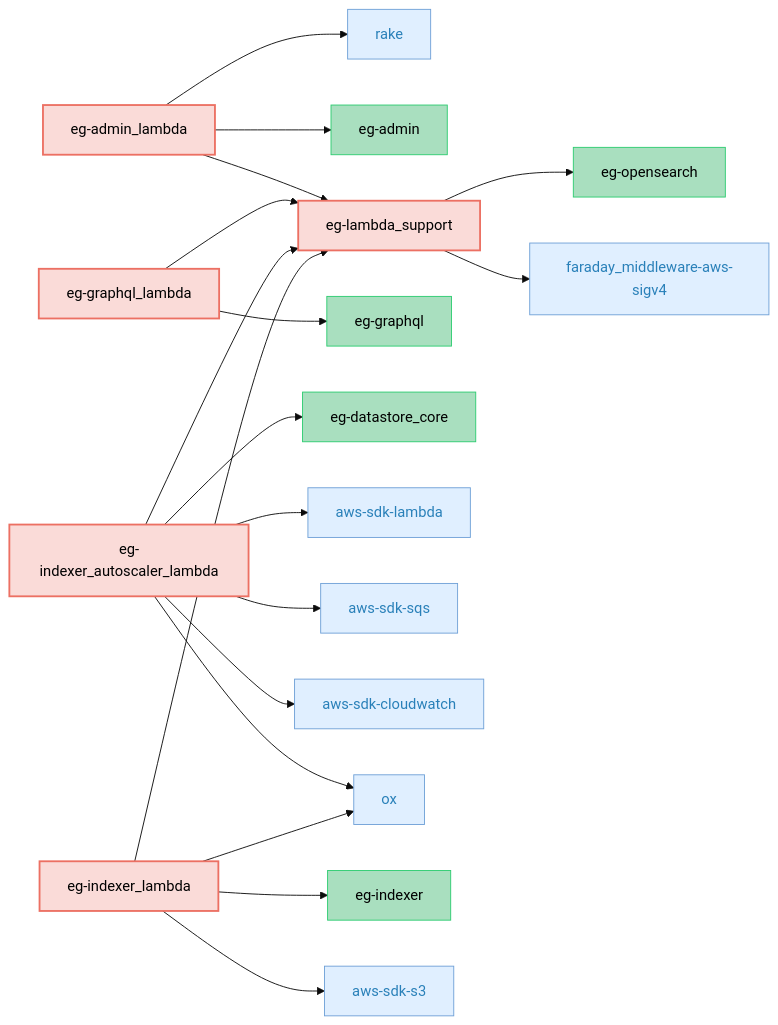
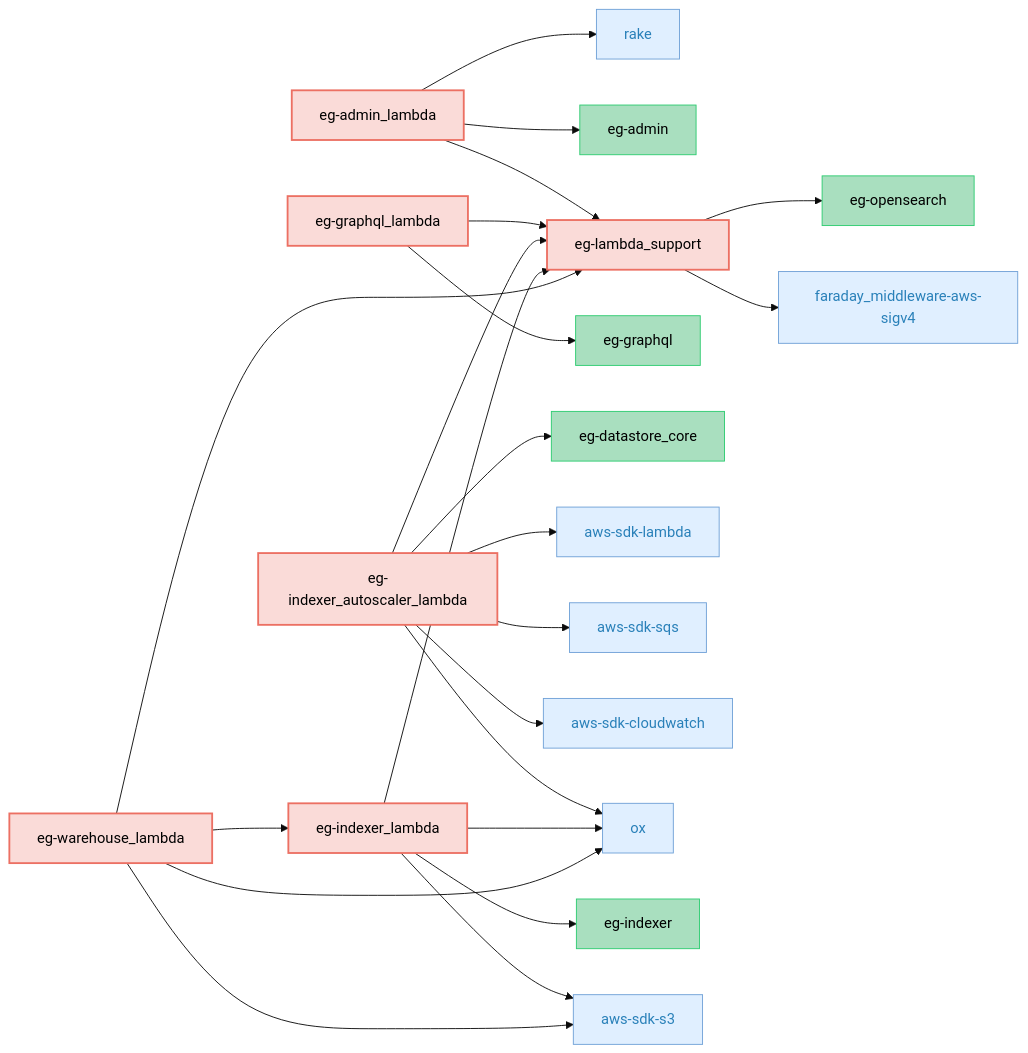
One commit to ciaran51/elasticgraph changed the fifth of 5 diagrams in CODEBASE_OVERVIEW.md. Above: the diagram before and after it, drawn with Mermaid (base theme). The commit also changed other lines of this file and 16 other files, not shown here.

First line of the commit message:
Add elasticgraph-warehouse_lambda

````diff
--- a/CODEBASE_OVERVIEW.md
+++ b/CODEBASE_OVERVIEW.md
@@ -275,64 +276,70 @@
 ```mermaid
 graph LR;
     classDef targetGemStyle fill:#FADBD8,stroke:#EC7063,color:#000,stroke-width:2px;
     classDef otherEgGemStyle fill:#A9DFBF,stroke:#2ECC71,color:#000;
     classDef externalGemCatStyle fill:#E0EFFF,stroke:#70A1D7,color:#2980B9;
     elasticgraph-admin_lambda["eg-admin_lambda"];
     rake["rake"];
     elasticgraph-admin["eg-admin"];
     elasticgraph-lambda_support["eg-lambda_support"];
     elasticgraph-graphql_lambda["eg-graphql_lambda"];
     elasticgraph-graphql["eg-graphql"];
     elasticgraph-indexer_autoscaler_lambda["eg-indexer_autoscaler_lambda"];
     elasticgraph-datastore_core["eg-datastore_core"];
     aws-sdk-lambda["aws-sdk-lambda"];
     aws-sdk-sqs["aws-sdk-sqs"];
     aws-sdk-cloudwatch["aws-sdk-cloudwatch"];
     ox["ox"];
     elasticgraph-indexer_lambda["eg-indexer_lambda"];
     elasticgraph-indexer["eg-indexer"];
     aws-sdk-s3["aws-sdk-s3"];
     elasticgraph-opensearch["eg-opensearch"];
     faraday_middleware-aws-sigv4["faraday_middleware-aws-sigv4"];
+    elasticgraph-warehouse_lambda["eg-warehouse_lambda"];
     elasticgraph-admin_lambda --> rake;
     elasticgraph-admin_lambda --> elasticgraph-admin;
     elasticgraph-admin_lambda --> elasticgraph-lambda_support;
     elasticgraph-graphql_lambda --> elasticgraph-graphql;
     elasticgraph-graphql_lambda --> elasticgraph-lambda_support;
     elasticgraph-indexer_autoscaler_lambda --> elasticgraph-datastore_core;
     elasticgraph-indexer_autoscaler_lambda --> elasticgraph-lambda_support;
     elasticgraph-indexer_autoscaler_lambda --> aws-sdk-lambda;
     elasticgraph-indexer_autoscaler_lambda --> aws-sdk-sqs;
     elasticgraph-indexer_autoscaler_lambda --> aws-sdk-cloudwatch;
     elasticgraph-indexer_autoscaler_lambda --> ox;
     elasticgraph-indexer_lambda --> elasticgraph-indexer;
     elasticgraph-indexer_lambda --> elasticgraph-lambda_support;
     elasticgraph-indexer_lambda --> aws-sdk-s3;
     elasticgraph-indexer_lambda --> ox;
     elasticgraph-lambda_support --> elasticgraph-opensearch;
     elasticgraph-lambda_support --> faraday_middleware-aws-sigv4;
+    elasticgraph-warehouse_lambda --> elasticgraph-indexer_lambda;
+    elasticgraph-warehouse_lambda --> elasticgraph-lambda_support;
+    elasticgraph-warehouse_lambda --> aws-sdk-s3;
+    elasticgraph-warehouse_lambda --> ox;
     class elasticgraph-admin_lambda targetGemStyle;
     class rake externalGemCatStyle;
     class elasticgraph-admin otherEgGemStyle;
     class elasticgraph-lambda_support targetGemStyle;
     class elasticgraph-graphql_lambda targetGemStyle;
     class elasticgraph-graphql otherEgGemStyle;
     class elasticgraph-indexer_autoscaler_lambda targetGemStyle;
     class elasticgraph-datastore_core otherEgGemStyle;
     class aws-sdk-lambda externalGemCatStyle;
     class aws-sdk-sqs externalGemCatStyle;
     class aws-sdk-cloudwatch externalGemCatStyle;
     class ox externalGemCatStyle;
     class elasticgraph-indexer_lambda targetGemStyle;
     class elasticgraph-indexer otherEgGemStyle;
     class aws-sdk-s3 externalGemCatStyle;
     class elasticgraph-opensearch otherEgGemStyle;
     class faraday_middleware-aws-sigv4 externalGemCatStyle;
+    class elasticgraph-warehouse_lambda targetGemStyle;
     click rake href "https://rubygems.org/gems/rake" "Open on RubyGems.org" _blank;
     click aws-sdk-lambda href "https://rubygems.org/gems/aws-sdk-lambda" "Open on RubyGems.org" _blank;
     click aws-sdk-sqs href "https://rubygems.org/gems/aws-sdk-sqs" "Open on RubyGems.org" _blank;
     click aws-sdk-cloudwatch href "https://rubygems.org/gems/aws-sdk-cloudwatch" "Open on RubyGems.org" _blank;
     click ox href "https://rubygems.org/gems/ox" "Open on RubyGems.org" _blank;
     click aws-sdk-s3 href "https://rubygems.org/gems/aws-sdk-s3" "Open on RubyGems.org" _blank;
     click faraday_middleware-aws-sigv4 href "https://rubygems.org/gems/faraday_middleware-aws-sigv4" "Open on RubyGems.org" _blank;
 ```
````
